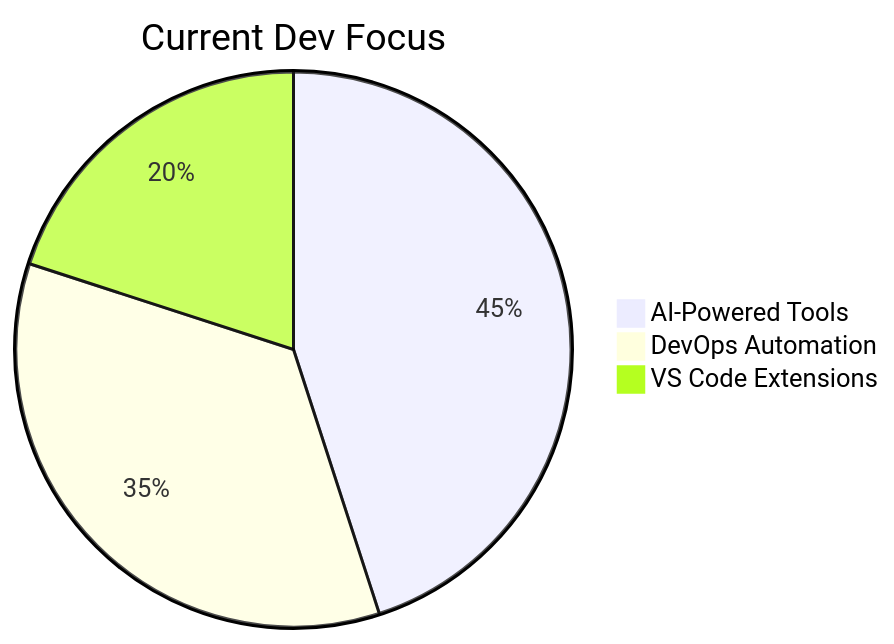
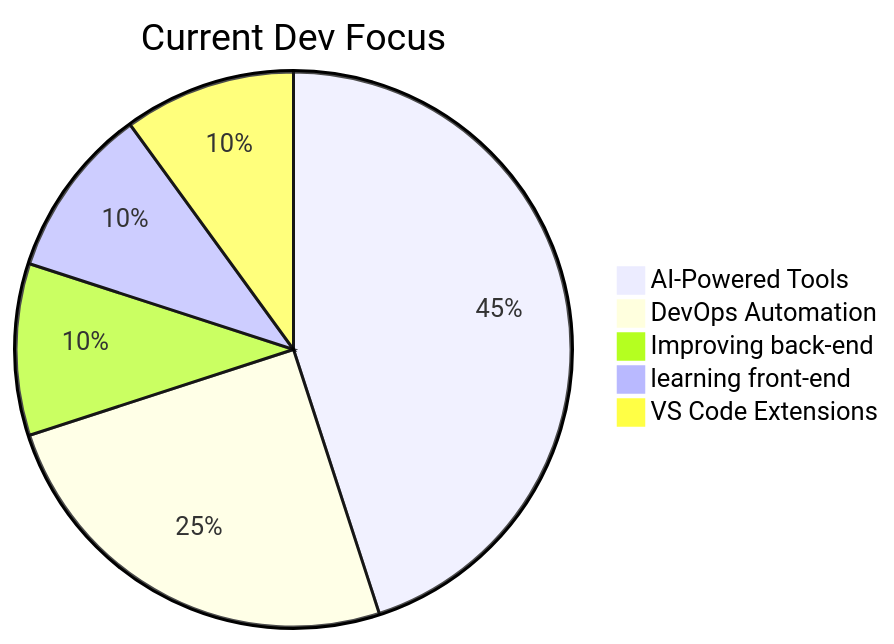
The first of 2 diagrams in README.md (oovaa/oovaa), drawn with Mermaid before and after one commit. The commit also changed other lines of this file, not shown here.

````diff
--- a/README.md
+++ b/README.md
@@ -17,7 +17,9 @@
 ```mermaid
 pie
     title Current Dev Focus
     "AI-Powered Tools" : 45
-    "DevOps Automation" : 35
-    "VS Code Extensions" : 20
+    "DevOps Automation" : 25
+    "Improving back-end" : 10
+    "learning front-end" : 10
+    "VS Code Extensions" : 10
 ```
````
